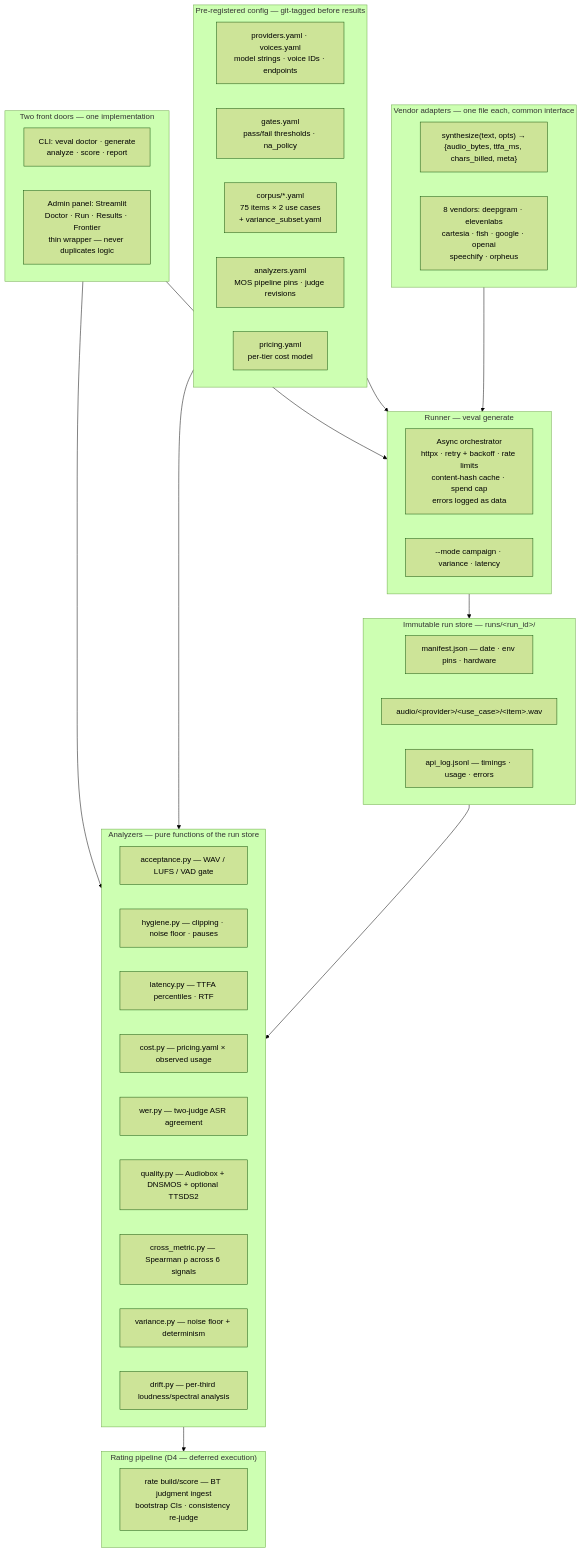
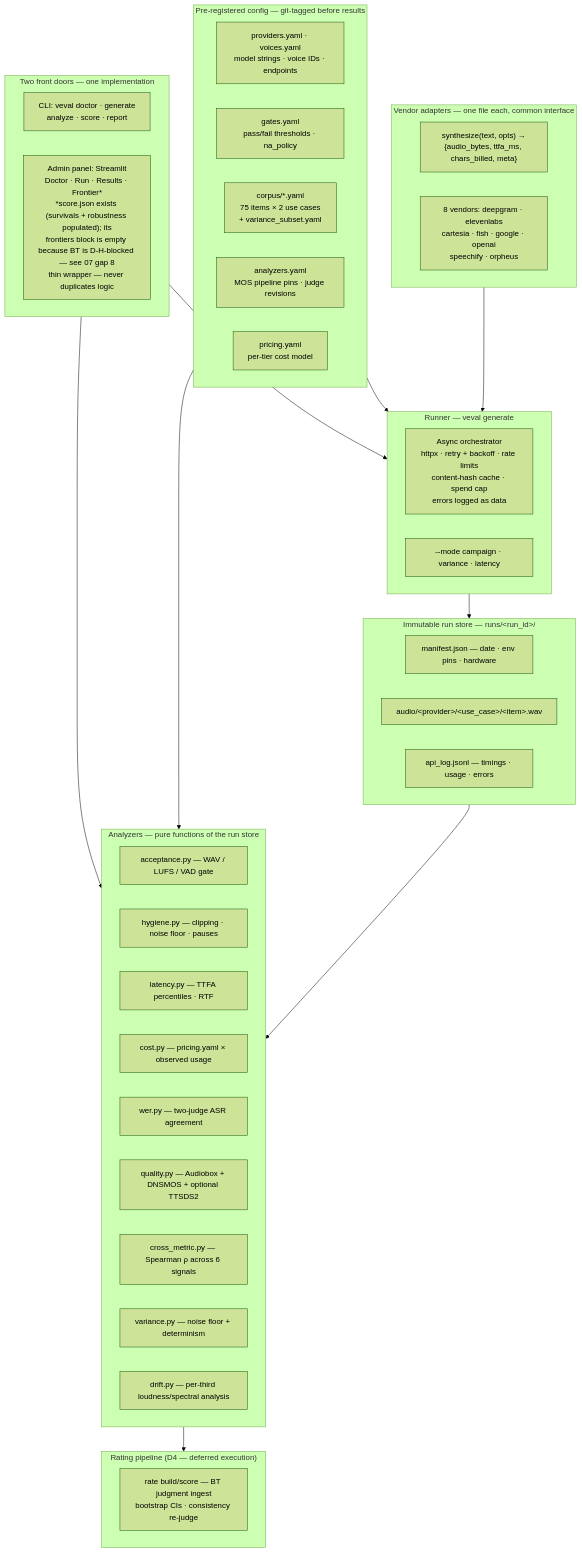
Before and after one commit to ngera/VoiceModelEvaluation: the diagram in documentation/01_ARCHITECTURE.md, drawn with Mermaid (forest theme). The commit also changed other lines of this file and 30 other files, not shown here.

````diff
--- a/documentation/01_ARCHITECTURE.md
+++ b/documentation/01_ARCHITECTURE.md
@@ -14,56 +14,56 @@
 ```mermaid
 flowchart TB
     subgraph FRONT["Two front doors — one implementation"]
         F1["CLI: veval doctor · generate<br/>analyze · score · report"]
-        F2["Admin panel: Streamlit<br/>Doctor · Run · Results · Frontier<br/>thin wrapper — never duplicates logic"]
+        F2["Admin panel: Streamlit<br/>Doctor · Run · Results · Frontier*<br/>*score.json exists (survivals + robustness populated); its<br/>frontiers block is empty because BT is D-H-blocked — see 07 gap 8<br/>thin wrapper — never duplicates logic"]
     end
 
     subgraph CONFIG["Pre-registered config — git-tagged before results"]
         C1["providers.yaml · voices.yaml<br/>model strings · voice IDs · endpoints"]
         C2["gates.yaml<br/>pass/fail thresholds · na_policy"]
         C3["corpus/*.yaml<br/>75 items × 2 use cases<br/>+ variance_subset.yaml"]
         C4["analyzers.yaml<br/>MOS pipeline pins · judge revisions"]
         C5["pricing.yaml<br/>per-tier cost model"]
     end
 
     subgraph ADAPTERS["Vendor adapters — one file each, common interface"]
         A1["synthesize(text, opts) →<br/>{audio_bytes, ttfa_ms, chars_billed, meta}"]
         A2["8 vendors: deepgram · elevenlabs<br/>cartesia · fish · google · openai<br/>speechify · orpheus"]
     end
 
     subgraph RUNNER["Runner — veval generate"]
         R1["Async orchestrator<br/>httpx · retry + backoff · rate limits<br/>content-hash cache · spend cap<br/>errors logged as data"]
         R2["--mode campaign · variance · latency"]
     end
 
     subgraph STORE["Immutable run store — runs/&lt;run_id&gt;/"]
         S1["manifest.json — date · env pins · hardware"]
         S2["audio/&lt;provider&gt;/&lt;use_case&gt;/&lt;item&gt;.wav"]
         S3["api_log.jsonl — timings · usage · errors"]
     end
 
     subgraph ANALYZE["Analyzers — pure functions of the run store"]
         AN1["acceptance.py — WAV / LUFS / VAD gate"]
         AN2["hygiene.py — clipping · noise floor · pauses"]
         AN3["latency.py — TTFA percentiles · RTF"]
         AN4["cost.py — pricing.yaml × observed usage"]
         AN5["wer.py — two-judge ASR agreement"]
         AN6["quality.py — Audiobox + DNSMOS + optional TTSDS2"]
         AN7["cross_metric.py — Spearman ρ across 6 signals"]
         AN8["variance.py — noise floor + determinism"]
         AN9["drift.py — per-third loudness/spectral analysis"]
     end
 
     subgraph RATE["Rating pipeline (D4 — deferred execution)"]
         RT1["rate build/score — BT judgment ingest<br/>bootstrap CIs · consistency re-judge"]
     end
 
     FRONT --> RUNNER
     FRONT --> ANALYZE
     CONFIG --> RUNNER
     CONFIG --> ANALYZE
     ADAPTERS --> RUNNER
     RUNNER --> STORE
     STORE --> ANALYZE
     ANALYZE --> RATE
 ```
````
